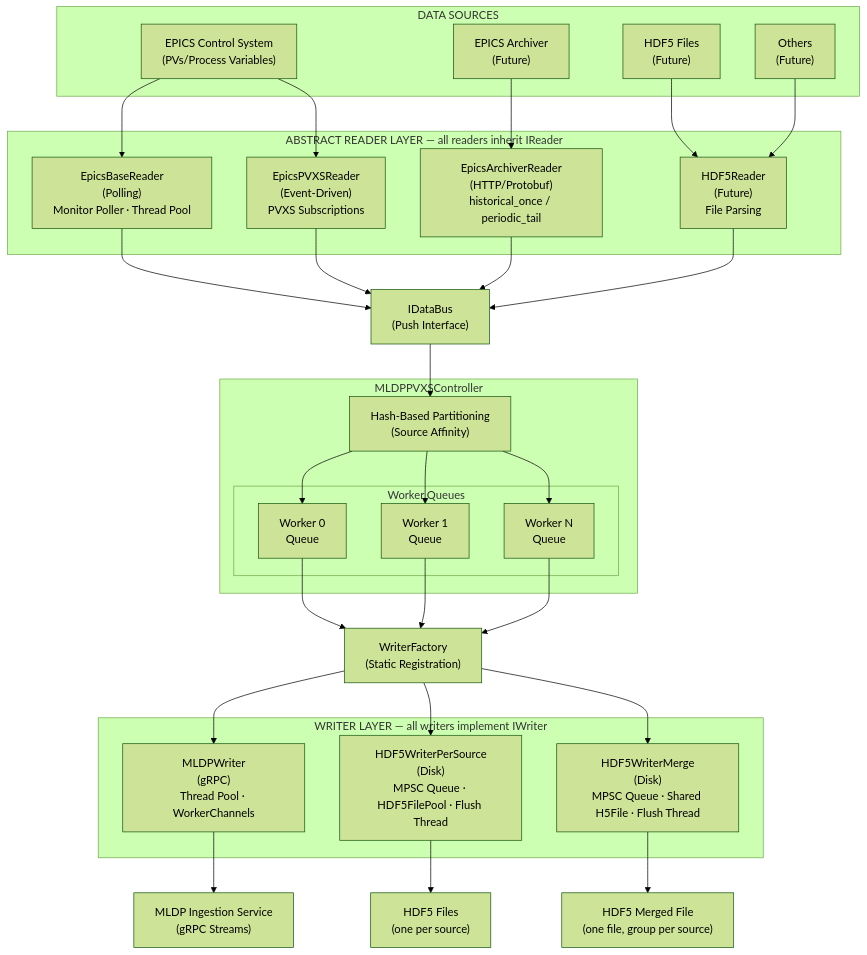
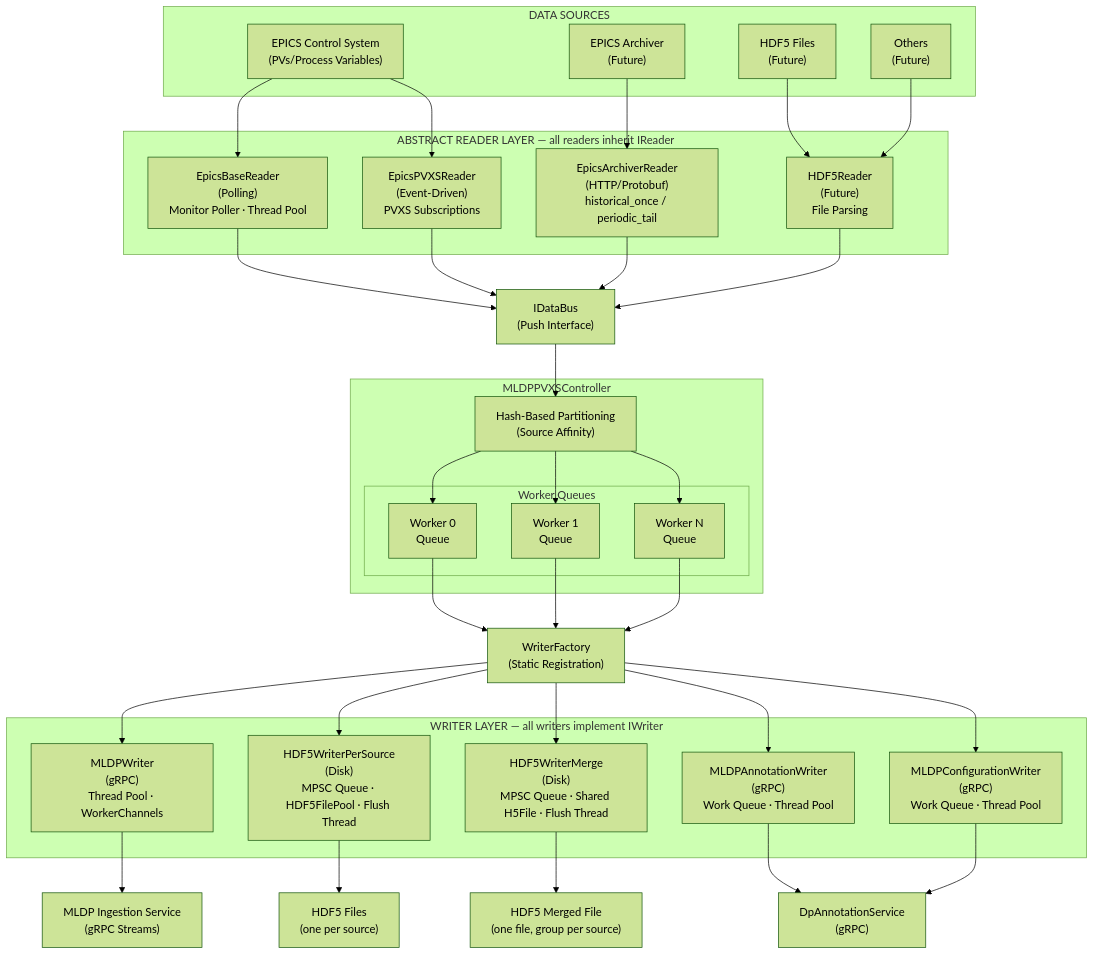
Before and after one commit to slaclab/mldp-pvxs-driver: the first of 3 diagrams in docs/reference/architecture.md, drawn with Mermaid (forest theme). The commit also changed other lines of this file and 48 other files, not shown here.

````diff
--- a/docs/reference/architecture.md
+++ b/docs/reference/architecture.md
@@ -11,67 +11,74 @@
 ```mermaid
 flowchart TB
     subgraph DataSources["DATA SOURCES"]
         DS1["EPICS Control System<br/>(PVs/Process Variables)"]
         DS2["EPICS Archiver<br/>(Future)"]
         DS3["HDF5 Files<br/>(Future)"]
         DS4["Others<br/>(Future)"]
     end
 
     subgraph ReaderLayer["ABSTRACT READER LAYER — all readers inherit IReader"]
         R1["EpicsBaseReader<br/>(Polling)<br/>Monitor Poller · Thread Pool"]
         R2["EpicsPVXSReader<br/>(Event-Driven)<br/>PVXS Subscriptions"]
         R3["EpicsArchiverReader<br/>(HTTP/Protobuf)<br/>historical_once / periodic_tail"]
         R4["HDF5Reader<br/>(Future)<br/>File Parsing"]
     end
 
     IDataBus["IDataBus<br/>(Push Interface)"]
 
     subgraph Controller["MLDPPVXSController"]
         HashPart["Hash-Based Partitioning<br/>(Source Affinity)"]
         subgraph Workers["Worker Queues"]
             W0["Worker 0<br/>Queue"]
             W1["Worker 1<br/>Queue"]
             WN["Worker N<br/>Queue"]
         end
     end
 
     WriterFactory["WriterFactory<br/>(Static Registration)"]
 
     subgraph WriterLayer["WRITER LAYER — all writers implement IWriter"]
         WR1["MLDPWriter<br/>(gRPC)<br/>Thread Pool · WorkerChannels"]
         WR2["HDF5WriterPerSource<br/>(Disk)<br/>MPSC Queue · HDF5FilePool · Flush Thread"]
         WR3["HDF5WriterMerge<br/>(Disk)<br/>MPSC Queue · Shared H5File · Flush Thread"]
+        WR4["MLDPAnnotationWriter<br/>(gRPC)<br/>Work Queue · Thread Pool"]
+        WR5["MLDPConfigurationWriter<br/>(gRPC)<br/>Work Queue · Thread Pool"]
     end
 
     MLDPService["MLDP Ingestion Service<br/>(gRPC Streams)"]
     HDF5Files["HDF5 Files<br/>(one per source)"]
     HDF5Merged["HDF5 Merged File<br/>(one file, group per source)"]
+    AnnotationService["DpAnnotationService<br/>(gRPC)"]
 
     DS1 --> R1
     DS1 --> R2
     DS2 --> R3
     DS3 --> R4
     DS4 --> R4
 
     R1 --> IDataBus
     R2 --> IDataBus
     R3 --> IDataBus
     R4 --> IDataBus
 
     IDataBus --> HashPart
     HashPart --> W0
     HashPart --> W1
     HashPart --> WN
 
     W0 --> WriterFactory
     W1 --> WriterFactory
     WN --> WriterFactory
 
     WriterFactory --> WR1
     WriterFactory --> WR2
     WriterFactory --> WR3
+    WriterFactory --> WR4
+    WriterFactory --> WR5
 
     WR1 --> MLDPService
     WR2 --> HDF5Files
     WR3 --> HDF5Merged
+    WR4 --> AnnotationService
+    WR5 --> AnnotationService
 ```
````
